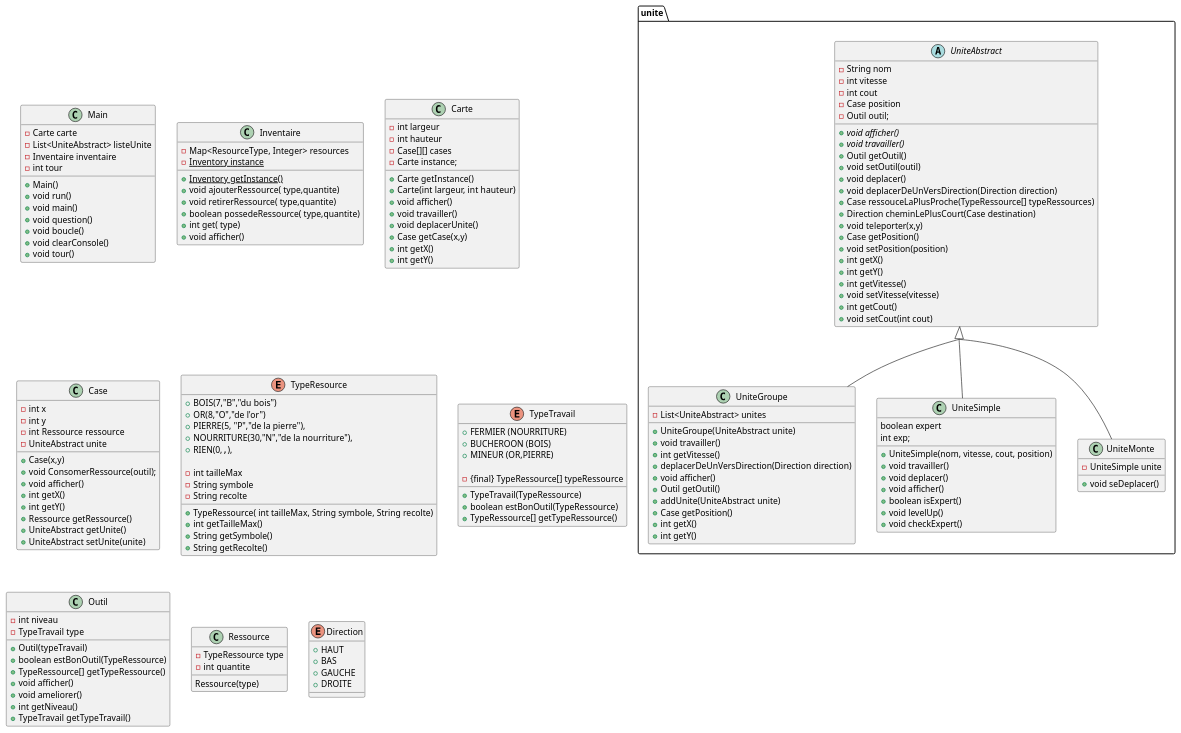
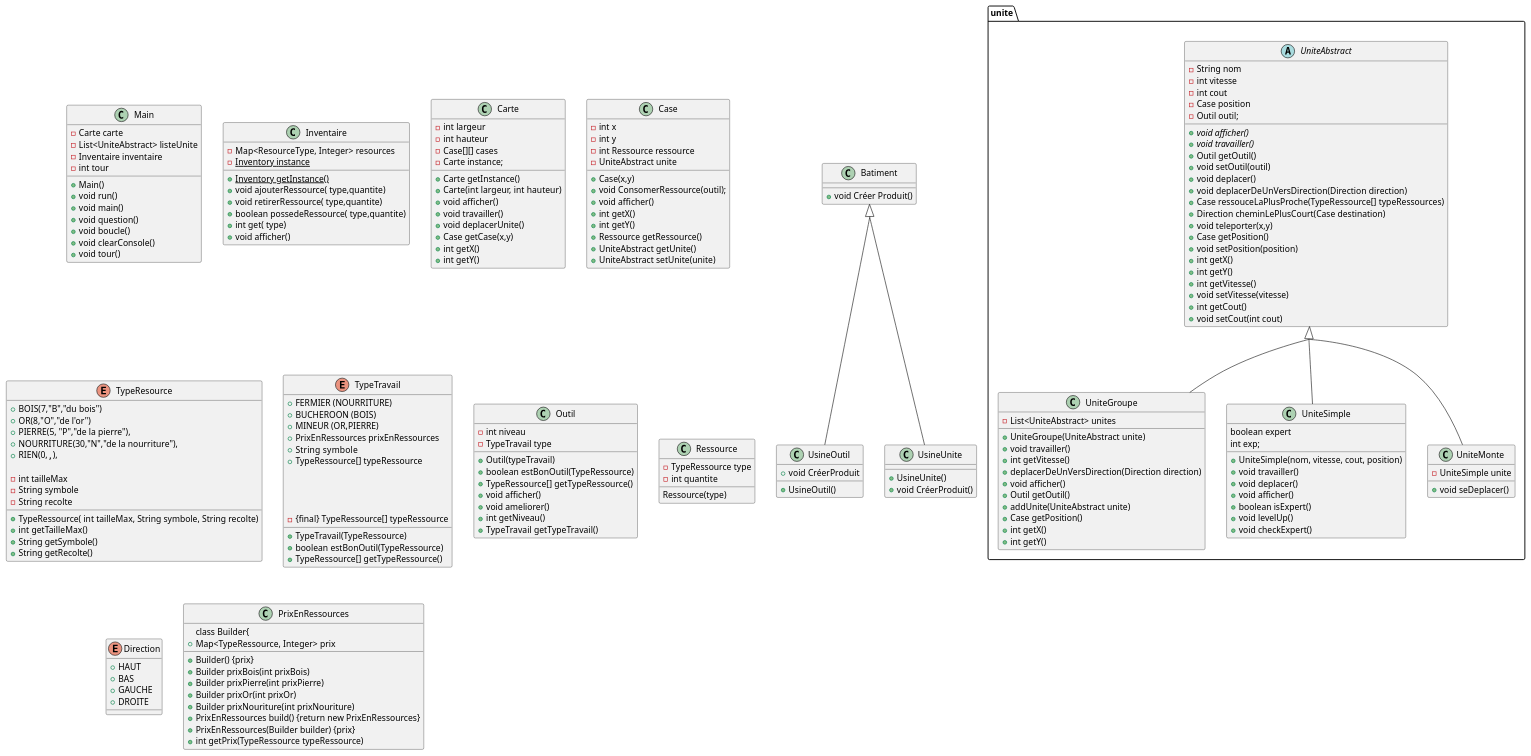
One commit to Pireeee/ProjetStrategie changed the diagram in src/main/Diagram.puml. Above: the diagram before and after it, drawn with PlantUML. The commit also changed 11 other files, not shown here.

```diff
--- a/src/main/Diagram.puml
+++ b/src/main/Diagram.puml
@@ -80,6 +80,12 @@
   +{field} FERMIER (NOURRITURE)
   +{field} BUCHEROON (BOIS)
   +{field} MINEUR (OR,PIERRE)
+  +{field} PrixEnRessources prixEnRessources
+  +String  symbole
+  + TypeRessource[] typeRessource
+
+
+
 
   -{final} TypeRessource[] typeRessource
 
@@ -174,4 +180,33 @@
   +{field} DROITE
 }
 
+class Batiment {
+  +void Créer Produit()
+
+}
+
+class PrixEnRessources{
+  class Builder{
+    +Map<TypeRessource, Integer> prix
+    +Builder() {prix}
+    +Builder prixBois(int prixBois)
+    +Builder prixPierre(int prixPierre)
+    +Builder prixOr(int prixOr)
+    +Builder prixNouriture(int prixNouriture)
+    +PrixEnRessources build() {return new PrixEnRessources}
+    + PrixEnRessources(Builder builder) {prix}
+    + int getPrix(TypeRessource typeRessource)
+
+}
+
+class UsineOutil extends Batiment{
+   +UsineOutil()
+   +void CréerProduit
+}
+
+class UsineUnite extends Batiment{
+  +UsineUnite()
+  +void CréerProduit()
+
+}
 @enduml
```
